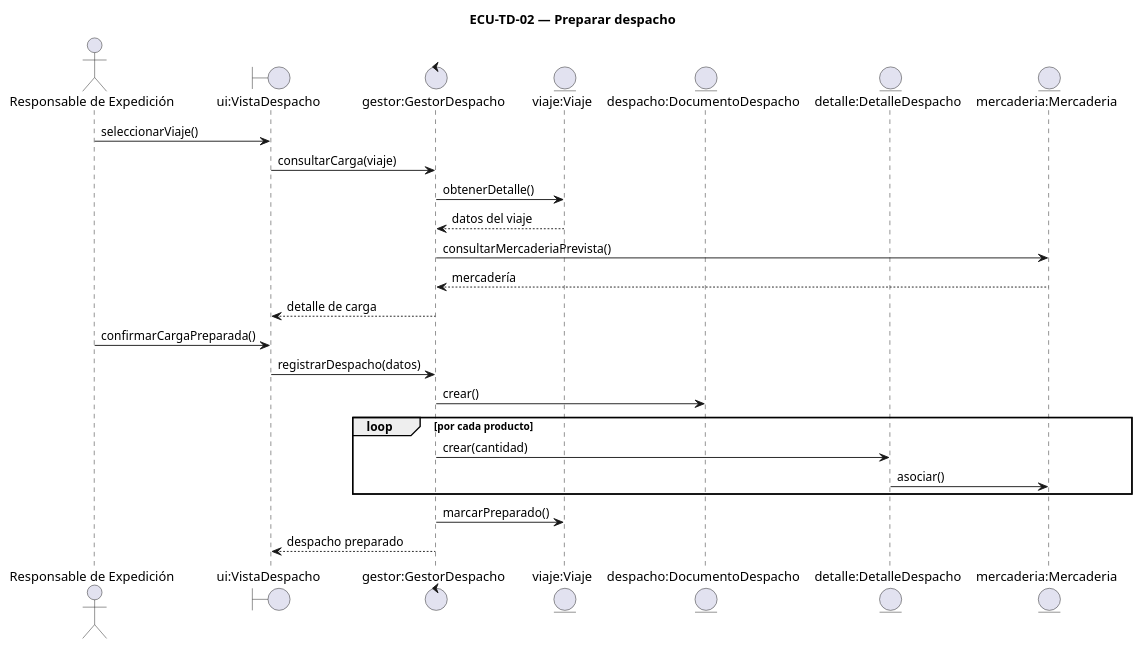
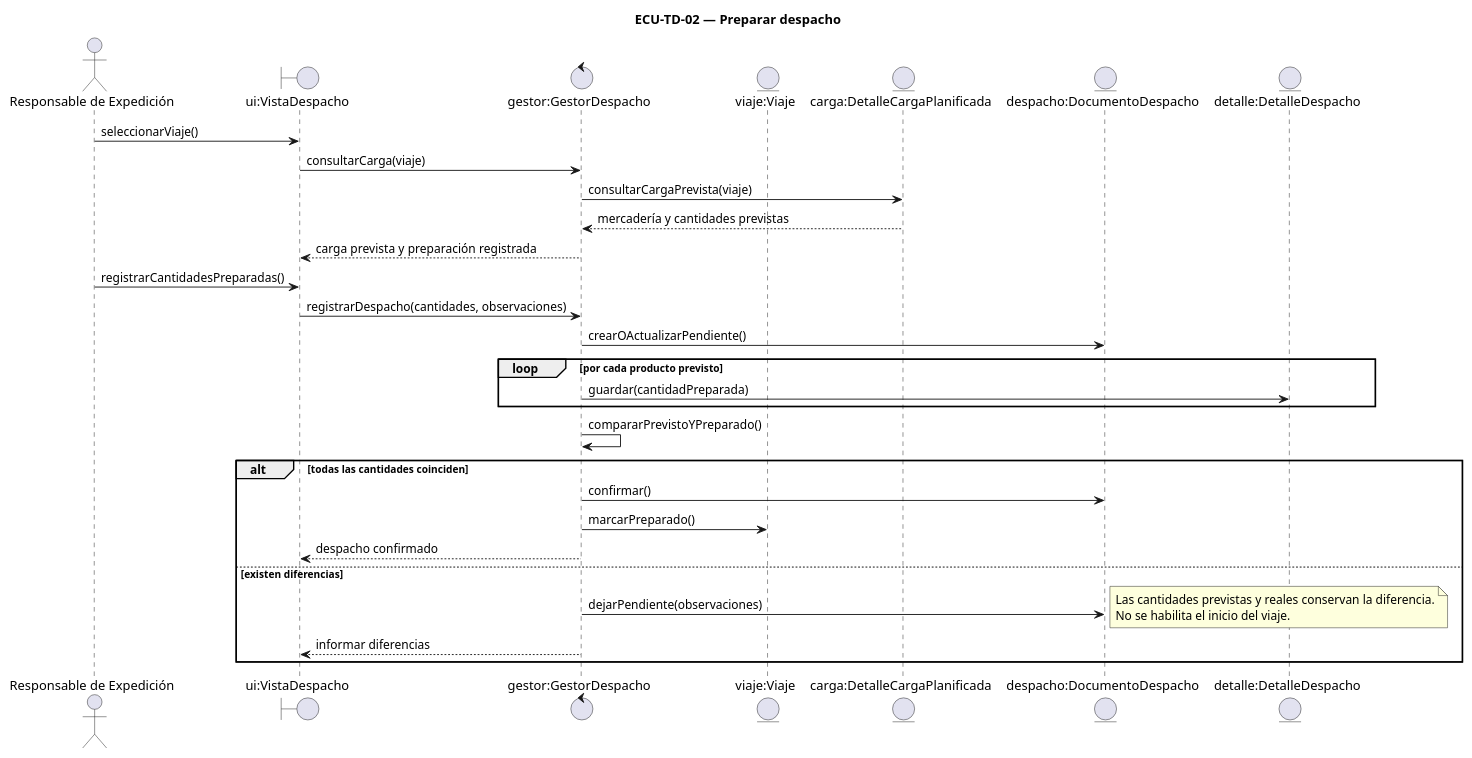
One commit to Zalitoar/SistemaLogistica changed the diagram in docs/uml/Secuencia_TD02_PrepararDespacho.puml. Above: the diagram before and after it, drawn with PlantUML. The commit also changed 53 other files, not shown here.

```diff
--- a/docs/uml/Secuencia_TD02_PrepararDespacho.puml
+++ b/docs/uml/Secuencia_TD02_PrepararDespacho.puml
@@ -1,29 +1,31 @@
 @startuml
 title ECU-TD-02 — Preparar despacho
 actor "Responsable de Expedición" as actor
 boundary "ui:VistaDespacho" as ui
 control "gestor:GestorDespacho" as gestor
 entity "viaje:Viaje" as viaje
+entity "carga:DetalleCargaPlanificada" as carga
 entity "despacho:DocumentoDespacho" as despacho
 entity "detalle:DetalleDespacho" as detalle
-entity "mercaderia:Mercaderia" as mercaderia
-
 actor -> ui : seleccionarViaje()
 ui -> gestor : consultarCarga(viaje)
-gestor -> viaje : obtenerDetalle()
-viaje --> gestor : datos del viaje
-
-gestor -> mercaderia : consultarMercaderiaPrevista()
-mercaderia --> gestor : mercadería
-gestor --> ui : detalle de carga
-
-actor -> ui : confirmarCargaPreparada()
-ui -> gestor : registrarDespacho(datos)
-gestor -> despacho : crear()
-loop por cada producto
-  gestor -> detalle : crear(cantidad)
-  detalle -> mercaderia : asociar()
+gestor -> carga : consultarCargaPrevista(viaje)
+carga --> gestor : mercadería y cantidades previstas
+gestor --> ui : carga prevista y preparación registrada
+actor -> ui : registrarCantidadesPreparadas()
+ui -> gestor : registrarDespacho(cantidades, observaciones)
+gestor -> despacho : crearOActualizarPendiente()
+loop por cada producto previsto
+  gestor -> detalle : guardar(cantidadPreparada)
 end
-gestor -> viaje : marcarPreparado()
-gestor --> ui : despacho preparado
+gestor -> gestor : compararPrevistoYPreparado()
+alt todas las cantidades coinciden
+  gestor -> despacho : confirmar()
+  gestor -> viaje : marcarPreparado()
+  gestor --> ui : despacho confirmado
+else existen diferencias
+  gestor -> despacho : dejarPendiente(observaciones)
+  note right: Las cantidades previstas y reales conservan la diferencia.\nNo se habilita el inicio del viaje.
+  gestor --> ui : informar diferencias
+end
 @enduml
```
